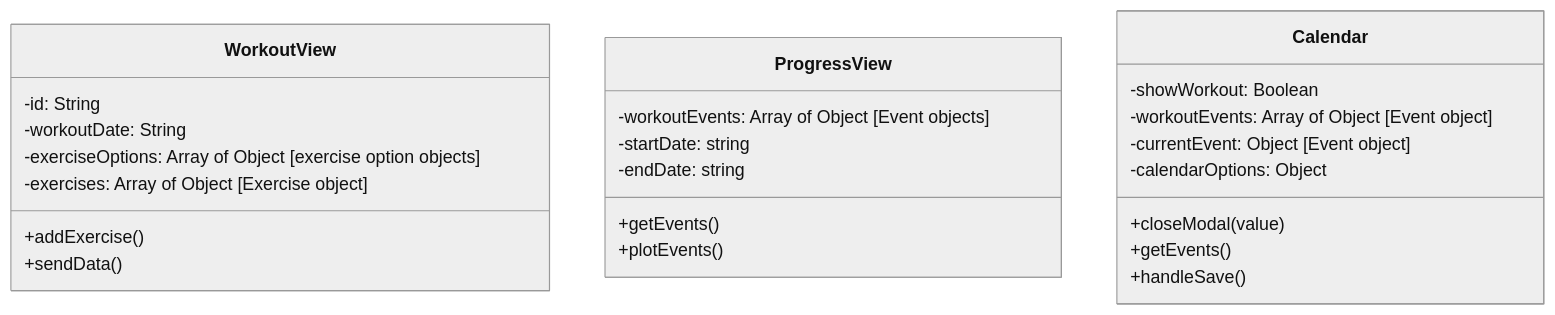
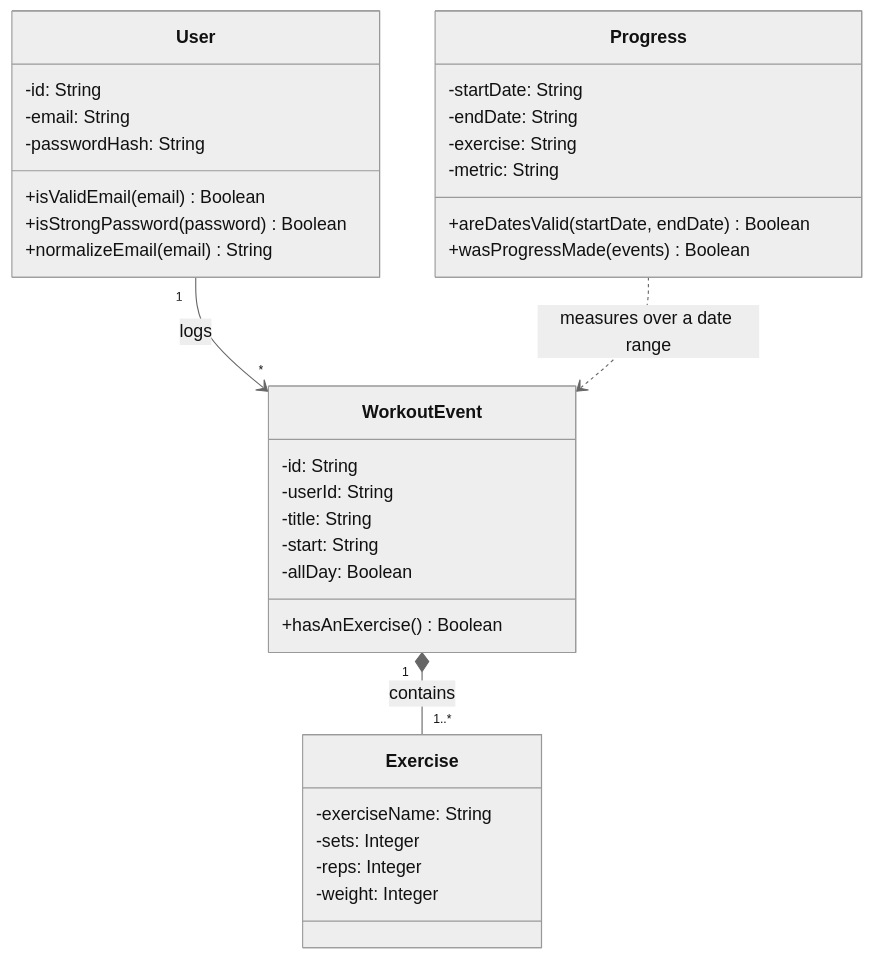
The third of 4 diagrams in README.md (GoldLion72/cen5064-project-lusbel), drawn with Mermaid (neutral theme) before and after one commit. The commit also changed other lines of this file, not shown here.

Commit message:
Update README.md: modified diagrams

````diff
--- a/README.md
+++ b/README.md
@@ -85,28 +83,37 @@
 ```mermaid
-%% Class diagram: your 3–4 core domain classes.
+%% Class diagram: core domain classes. Methods are the domain rules in backend/src/domain/.
 classDiagram
-    class WorkoutView {
+    class User {
         -id: String
-        -workoutDate: String
-        -exerciseOptions: Array of Object [exercise option objects]
-        -exercises: Array of Object [Exercise object]
-        +addExercise()
-        +sendData()
+        -email: String
+        -passwordHash: String
+        +isValidEmail(email) Boolean
+        +isStrongPassword(password) Boolean
+        +normalizeEmail(email) String
     }
-    class ProgressView {
-       -workoutEvents: Array of Object [Event objects]
-       -startDate: string
-       -endDate: string
-       +getEvents()
-       +plotEvents()
+    class WorkoutEvent {
+        -id: String
+        -userId: String
+        -title: String
+        -start: String
+        -allDay: Boolean
+        +hasAnExercise() Boolean
     }
-    class Calendar {
-      -showWorkout: Boolean
-      -workoutEvents: Array of Object [Event object]
-      -currentEvent: Object [Event object]
-      -calendarOptions: Object
-      +closeModal(value)
-      +getEvents()
-      +handleSave()
+    class Exercise {
+        -exerciseName: String
+        -sets: Integer
+        -reps: Integer
+        -weight: Integer
     }
+    class Progress {
+        -startDate: String
+        -endDate: String
+        -exercise: String
+        -metric: String
+        +areDatesValid(startDate, endDate) Boolean
+        +wasProgressMade(events) Boolean
+    }
+    User "1" --> "*" WorkoutEvent : logs
+    WorkoutEvent "1" *-- "1..*" Exercise : contains
+    Progress ..> WorkoutEvent : measures over a date range
 ```
````
